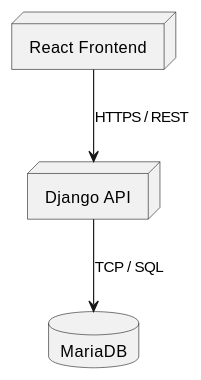
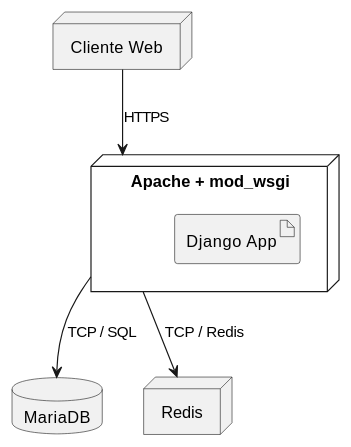
Before and after one commit to jcg-admin/IACT-docs: the diagram in source/arquitectura-tecnica/DeployView/auth-01.rst, drawn with PlantUML. The commit also changed 243 other files, not shown here.

First line of the commit message:
Add missing diagrams and fix participant names across Kruchten views

```diff
--- a/source/arquitectura-tecnica/DeployView/auth-01.rst
+++ b/source/arquitectura-tecnica/DeployView/auth-01.rst
@@ -21,13 +21,17 @@
 .. uml::
- :caption: UC_AUTH_01 — Deployment View
+ :caption: UC_AUTH_01 — Iniciar Sesion — Deployment View
 
  @startuml
 
- node "React Frontend" as NodoFront
- node "Django API" as NodoAPI
- database "MariaDB" as NodoBD
+ node "Cliente Web" as Client
+ node "Apache + mod_wsgi" as WebServer {
+   artifact "Django App" as App
+ }
+ database "MariaDB" as DB
+ node "Redis" as Cache
 
- NodoFront --> NodoAPI : HTTPS / REST
- NodoAPI --> NodoBD : TCP / SQL
+ Client --> WebServer : HTTPS
+ WebServer --> DB : TCP / SQL
+ WebServer --> Cache : TCP / Redis
 
  @enduml
```
